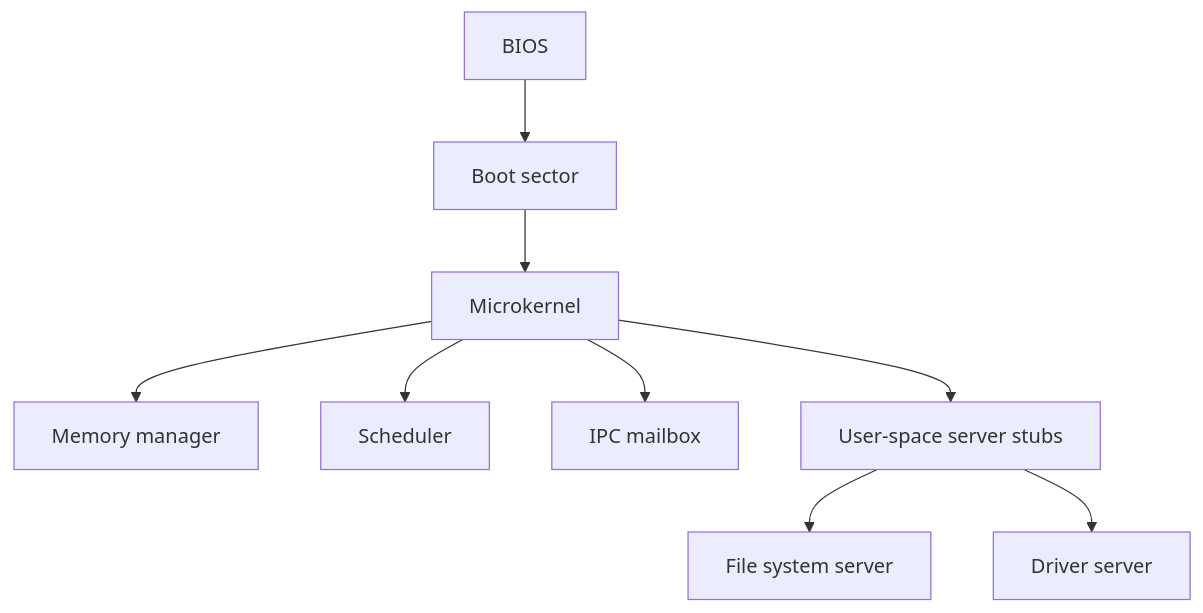
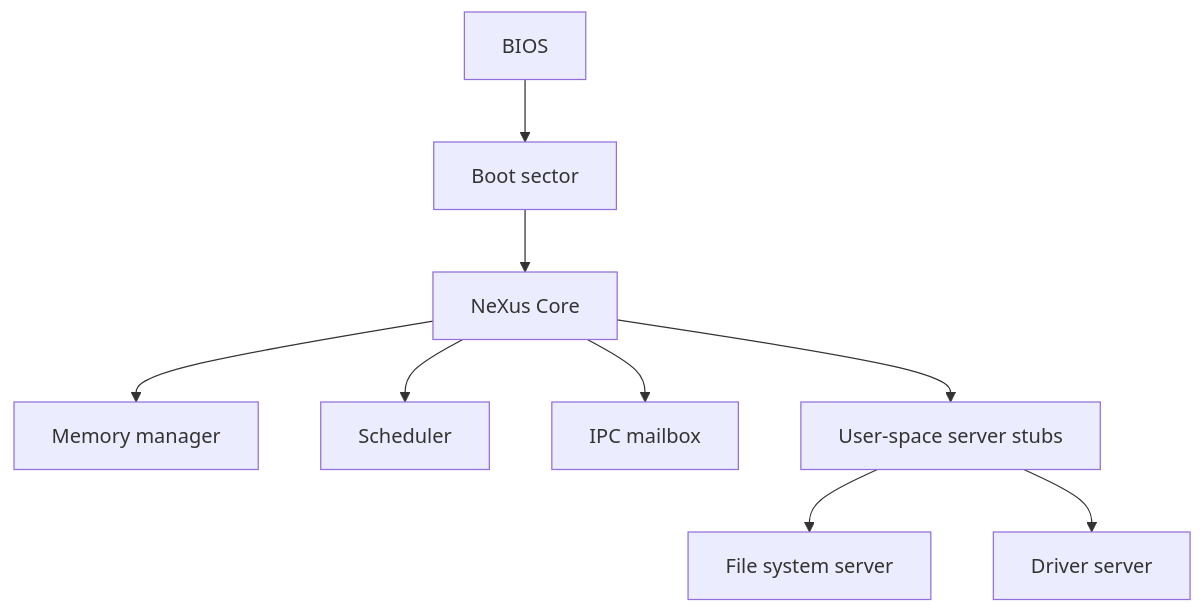
One commit to m-axl/microkernel-asm changed the diagram in README.md. Above: the diagram before and after it, drawn with Mermaid. The commit also changed other lines of this file and 22 other files, not shown here.

First line of the commit message:
feat(architecture): establish NeXus milestone 2 structure

````diff
--- a/README.md
+++ b/README.md
@@ -35,11 +49,11 @@
 ```mermaid
 flowchart TD
     BIOS[BIOS] --> Boot[Boot sector]
-    Boot --> Kernel[Microkernel]
+    Boot --> Kernel[NeXus Core]
     Kernel --> Memory[Memory manager]
     Kernel --> Scheduler[Scheduler]
     Kernel --> IPC[IPC mailbox]
     Kernel --> Servers[User-space server stubs]
     Servers --> FS[File system server]
     Servers --> Drivers[Driver server]
 ```
````
